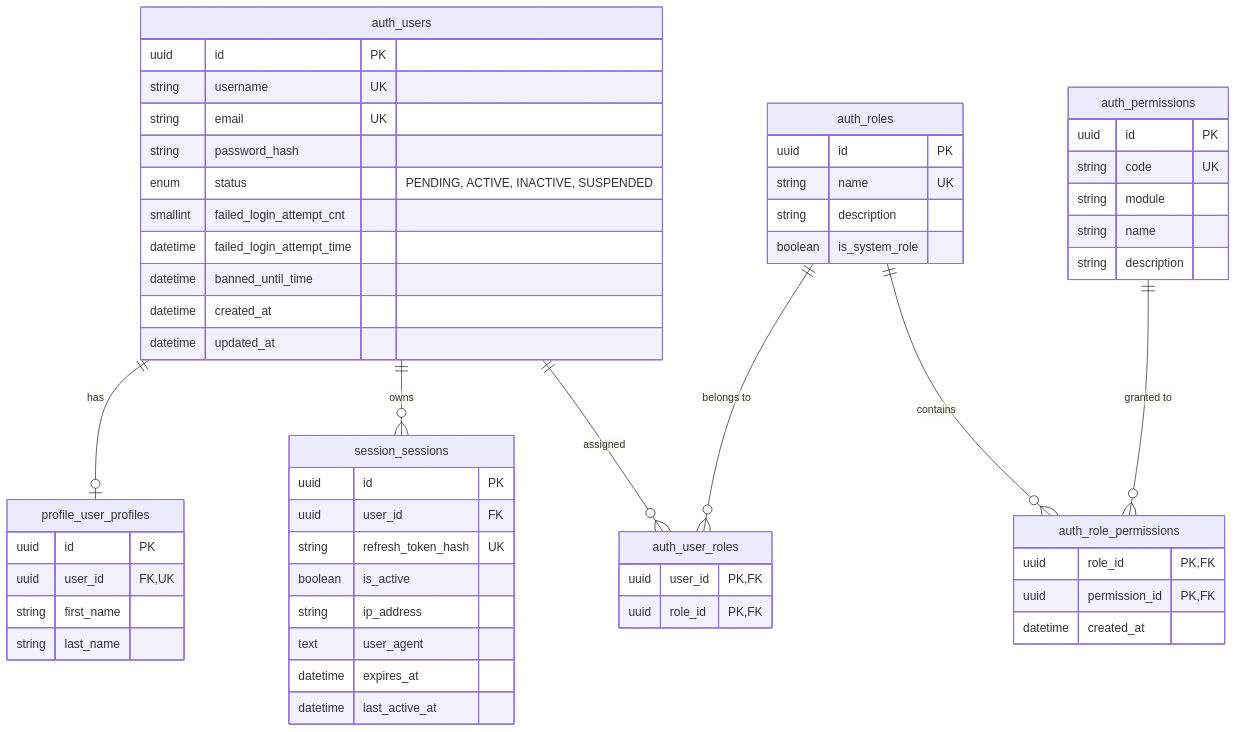
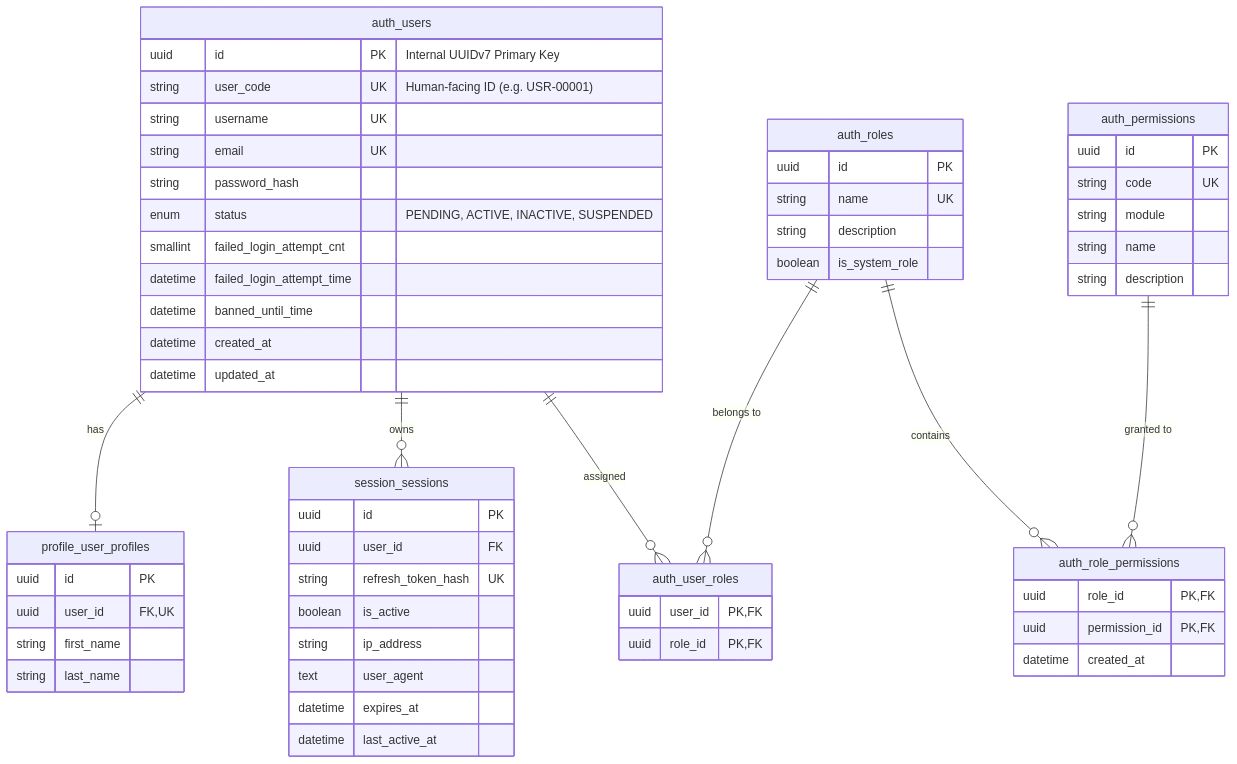
The diagram in .agents/system_flow/AUTHORIZATION_MODEL_ERD.md (BenjiBenji20/CAS-EIS), drawn with Mermaid before and after one commit. The commit also changed other lines of this file and 18 other files, not shown here.

Commit message:
feat: implement user facing id (user_code) column

````diff
--- a/.agents/system_flow/AUTHORIZATION_MODEL_ERD.md
+++ b/.agents/system_flow/AUTHORIZATION_MODEL_ERD.md
@@ -5,66 +5,67 @@
 ```mermaid
 erDiagram
     auth_users ||--o{ auth_user_roles : "assigned"
     auth_roles ||--o{ auth_user_roles : "belongs to"
     auth_roles ||--o{ auth_role_permissions : "contains"
     auth_permissions ||--o{ auth_role_permissions : "granted to"
     auth_users ||--o{ session_sessions : "owns"
     auth_users ||--o| profile_user_profiles : "has"
 
     auth_users {
-        uuid id PK
+        uuid id PK "Internal UUIDv7 Primary Key"
+        string user_code UK "Human-facing ID (e.g. USR-00001)"
         string username UK
         string email UK
         string password_hash
         enum status "PENDING, ACTIVE, INACTIVE, SUSPENDED"
         smallint failed_login_attempt_cnt
         datetime failed_login_attempt_time
         datetime banned_until_time
         datetime created_at
         datetime updated_at
     }
 
     auth_roles {
         uuid id PK
         string name UK
         string description
         boolean is_system_role
     }
 
     auth_permissions {
         uuid id PK
         string code UK
         string module
         string name
         string description
     }
 
     auth_user_roles {
         uuid user_id PK, FK
         uuid role_id PK, FK
     }
 
     auth_role_permissions {
         uuid role_id PK, FK
         uuid permission_id PK, FK
         datetime created_at
     }
 
     session_sessions {
         uuid id PK
         uuid user_id FK
         string refresh_token_hash UK
         boolean is_active
         string ip_address
         text user_agent
         datetime expires_at
         datetime last_active_at
     }
 
     profile_user_profiles {
         uuid id PK
         uuid user_id FK, UK
         string first_name
         string last_name
     }
 ```
````
